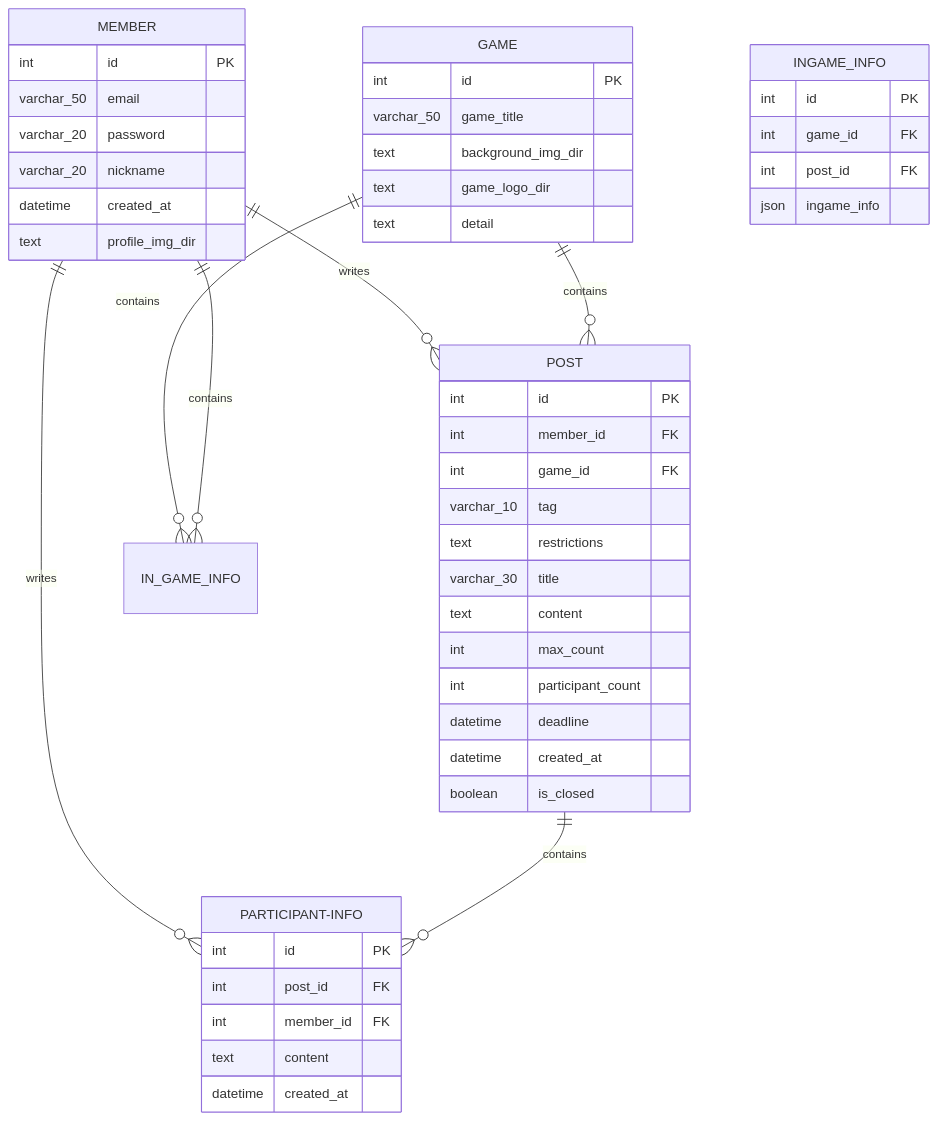
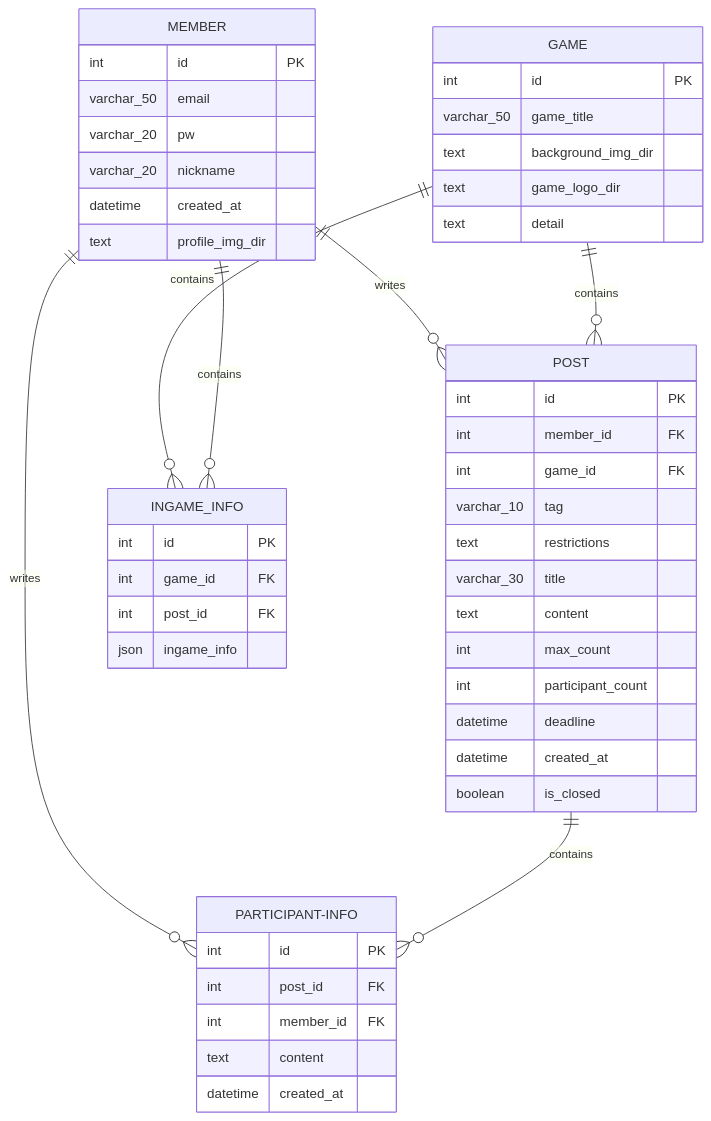
One commit to ByungChanP/4I-s---Propject changed the diagram in docs/02_design/02_erd.md. Above: the diagram before and after it, drawn with Mermaid. The commit also changed other lines of this file and 4 other files, not shown here.

Commit message:
"schema uique 추가, 문서 일부 수정"

````diff
--- a/docs/02_design/02_erd.md
+++ b/docs/02_design/02_erd.md
@@ -13,58 +13,58 @@
 ```mermaid
 erDiagram
     MEMBER ||--o{ POST : writes
     MEMBER ||--o{ PARTICIPANT-INFO : writes
     POST ||--o{ PARTICIPANT-INFO : contains
     GAME ||--o{ POST : contains
-    GAME ||--o{ IN_GAME_INFO : contains
-    MEMBER ||--o{ IN_GAME_INFO : contains
+    GAME ||--o{ INGAME_INFO : contains
+    MEMBER ||--o{ INGAME_INFO : contains
 
     MEMBER {
         int id PK
         varchar_50 email
-        varchar_20 password
+        varchar_20 pw
         varchar_20 nickname
         datetime created_at
         text profile_img_dir
     }
 
     POST {
         int id PK
         int member_id FK
         int game_id FK
         varchar_10 tag
         text restrictions
         varchar_30 title
         text content
         int max_count
         int participant_count
         datetime deadline
         datetime created_at
         boolean is_closed
         
     }
 
     PARTICIPANT-INFO {
         int id PK
         int post_id FK
         int member_id FK
         text content
         datetime created_at
     }
 
     GAME {
         int id PK
         varchar_50 game_title
         text background_img_dir
         text game_logo_dir
         text detail  
     }
 
     INGAME_INFO{
         int id PK
         int game_id FK
         int post_id FK
         json ingame_info
     }
 
 ```
````
